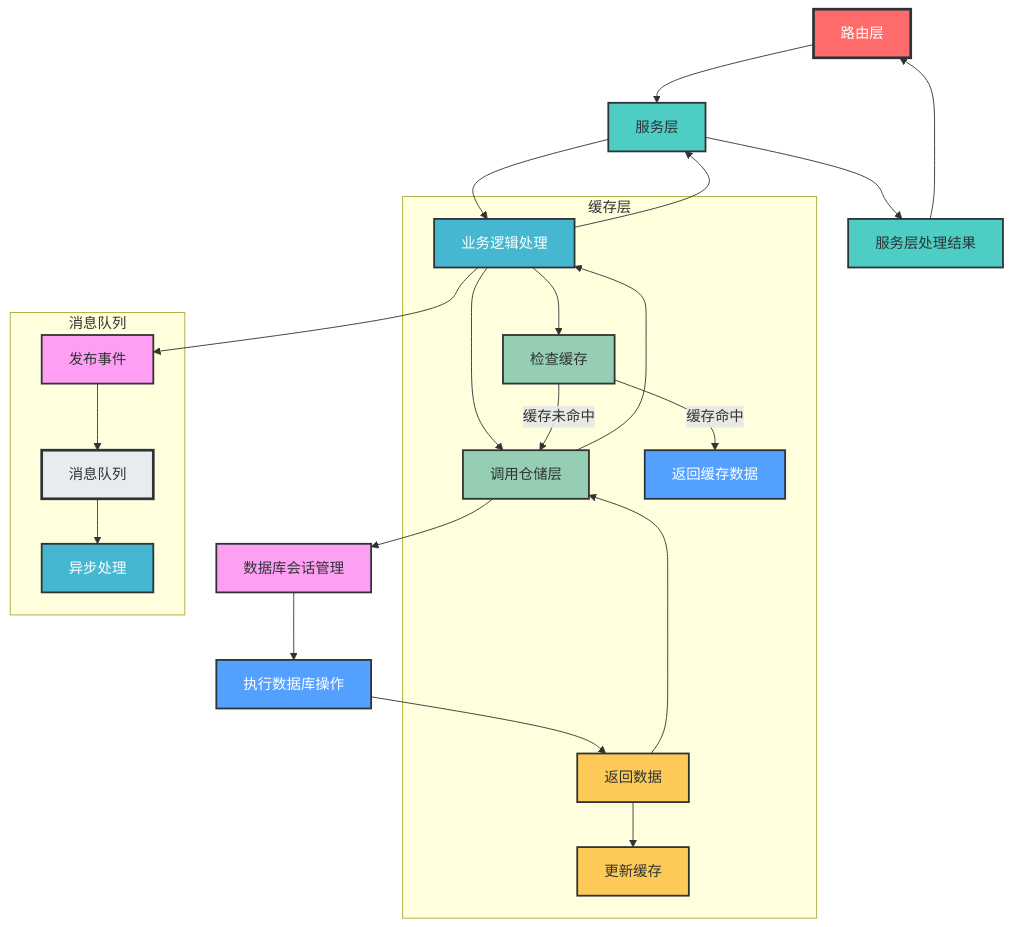
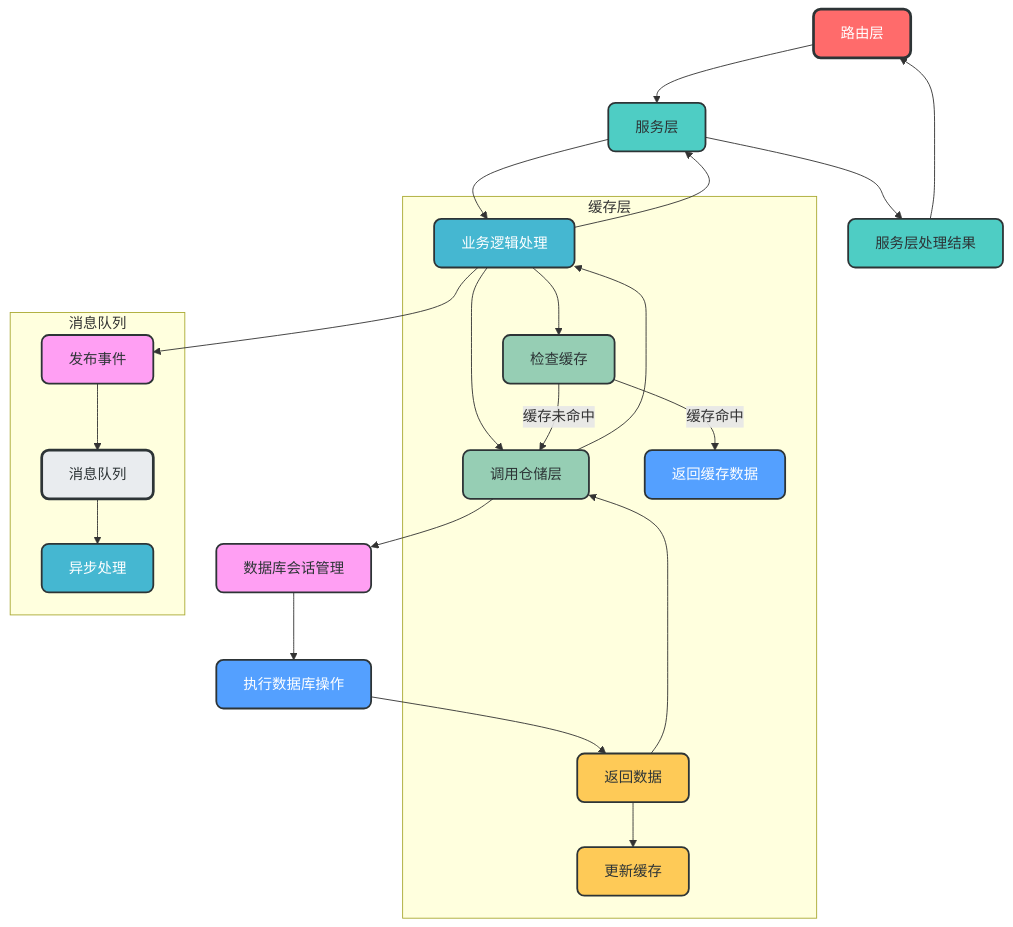
One commit to amuqiao/FastAPI-MVC changed the third of 6 diagrams in README.md. Above: the diagram before and after it, drawn with Mermaid. The commit also changed other lines of this file, not shown here.

````diff
--- a/README.md
+++ b/README.md
@@ -118,42 +118,42 @@
 ```mermaid
 graph TD
     A[路由层] --> B[服务层]
     B --> C[业务逻辑处理]
     C --> D[调用仓储层]
     D --> E[数据库会话管理]
     E --> F[执行数据库操作]
     F --> G[返回数据]
     G --> D
     D --> C
     C --> B
     B --> H[服务层处理结果]
     H --> A
     
     subgraph 缓存层
         C --> I[检查缓存]
         I -->|缓存命中| J[返回缓存数据]
         I -->|缓存未命中| D
         G --> K[更新缓存]
     end
     
     subgraph 消息队列
         C --> L[发布事件]
         L --> M[消息队列]
         M --> N[异步处理]
     end
     
-    style A fill:#FF6B6B,stroke:#2D3436,stroke-width:3px,color:white
-    style B fill:#4ECDC4,stroke:#2D3436,stroke-width:2px,color:#2D3436
-    style C fill:#45B7D1,stroke:#2D3436,stroke-width:2px,color:white
-    style D fill:#96CEB4,stroke:#2D3436,stroke-width:2px,color:#2D3436
-    style E fill:#FF9FF3,stroke:#2D3436,stroke-width:2px,color:#2D3436
-    style F fill:#54A0FF,stroke:#2D3436,stroke-width:2px,color:white
-    style G fill:#FECA57,stroke:#2D3436,stroke-width:2px,color:#2D3436
-    style H fill:#4ECDC4,stroke:#2D3436,stroke-width:2px,color:#2D3436
-    style I fill:#96CEB4,stroke:#2D3436,stroke-width:2px,color:#2D3436
-    style J fill:#54A0FF,stroke:#2D3436,stroke-width:2px,color:white
-    style K fill:#FECA57,stroke:#2D3436,stroke-width:2px,color:#2D3436
-    style L fill:#FF9FF3,stroke:#2D3436,stroke-width:2px,color:#2D3436
-    style M fill:#E9ECEF,stroke:#2D3436,stroke-width:3px,color:#2D3436
-    style N fill:#45B7D1,stroke:#2D3436,stroke-width:2px,color:white
+    style A fill:#FF6B6B,stroke:#2D3436,stroke-width:3px,color:white,rx:8,ry:8
+    style B fill:#4ECDC4,stroke:#2D3436,stroke-width:2px,color:#2D3436,rx:8,ry:8
+    style C fill:#45B7D1,stroke:#2D3436,stroke-width:2px,color:white,rx:8,ry:8
+    style D fill:#96CEB4,stroke:#2D3436,stroke-width:2px,color:#2D3436,rx:8,ry:8
+    style E fill:#FF9FF3,stroke:#2D3436,stroke-width:2px,color:#2D3436,rx:8,ry:8
+    style F fill:#54A0FF,stroke:#2D3436,stroke-width:2px,color:white,rx:8,ry:8
+    style G fill:#FECA57,stroke:#2D3436,stroke-width:2px,color:#2D3436,rx:8,ry:8
+    style H fill:#4ECDC4,stroke:#2D3436,stroke-width:2px,color:#2D3436,rx:8,ry:8
+    style I fill:#96CEB4,stroke:#2D3436,stroke-width:2px,color:#2D3436,rx:8,ry:8
+    style J fill:#54A0FF,stroke:#2D3436,stroke-width:2px,color:white,rx:8,ry:8
+    style K fill:#FECA57,stroke:#2D3436,stroke-width:2px,color:#2D3436,rx:8,ry:8
+    style L fill:#FF9FF3,stroke:#2D3436,stroke-width:2px,color:#2D3436,rx:8,ry:8
+    style M fill:#E9ECEF,stroke:#2D3436,stroke-width:3px,color:#2D3436,rx:8,ry:8
+    style N fill:#45B7D1,stroke:#2D3436,stroke-width:2px,color:white,rx:8,ry:8
 ```
````
